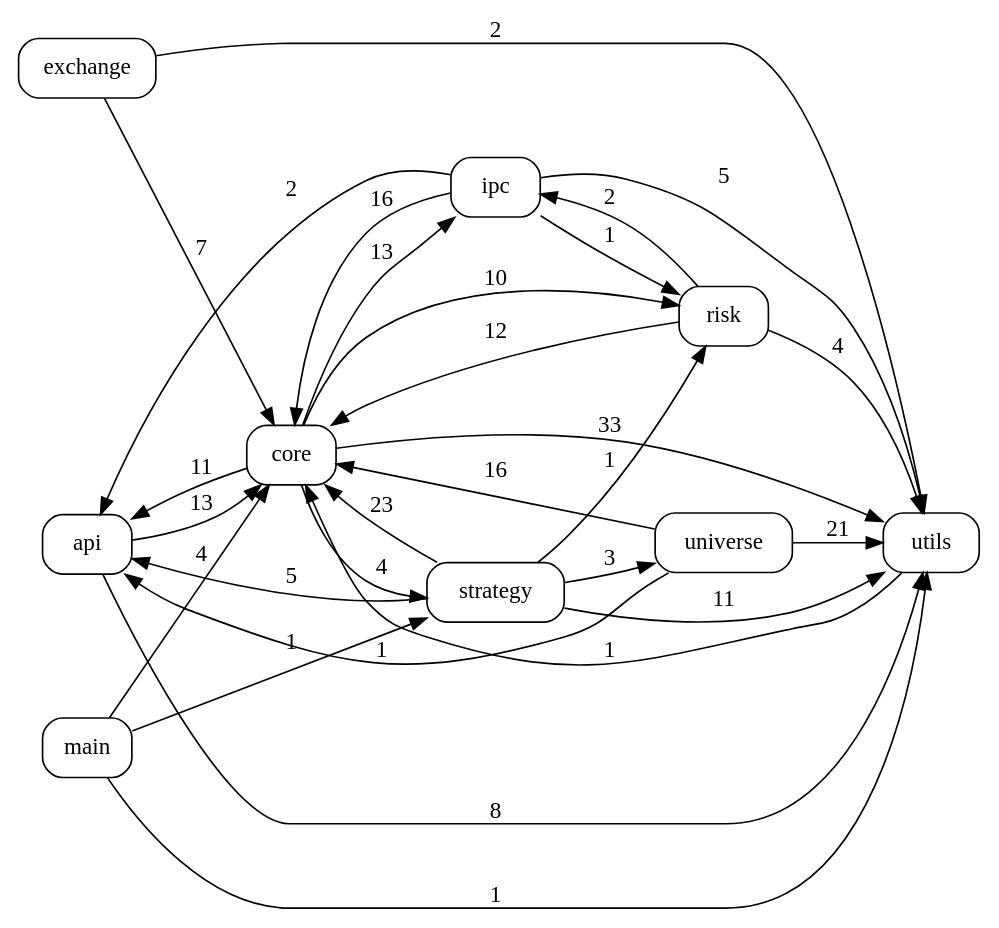
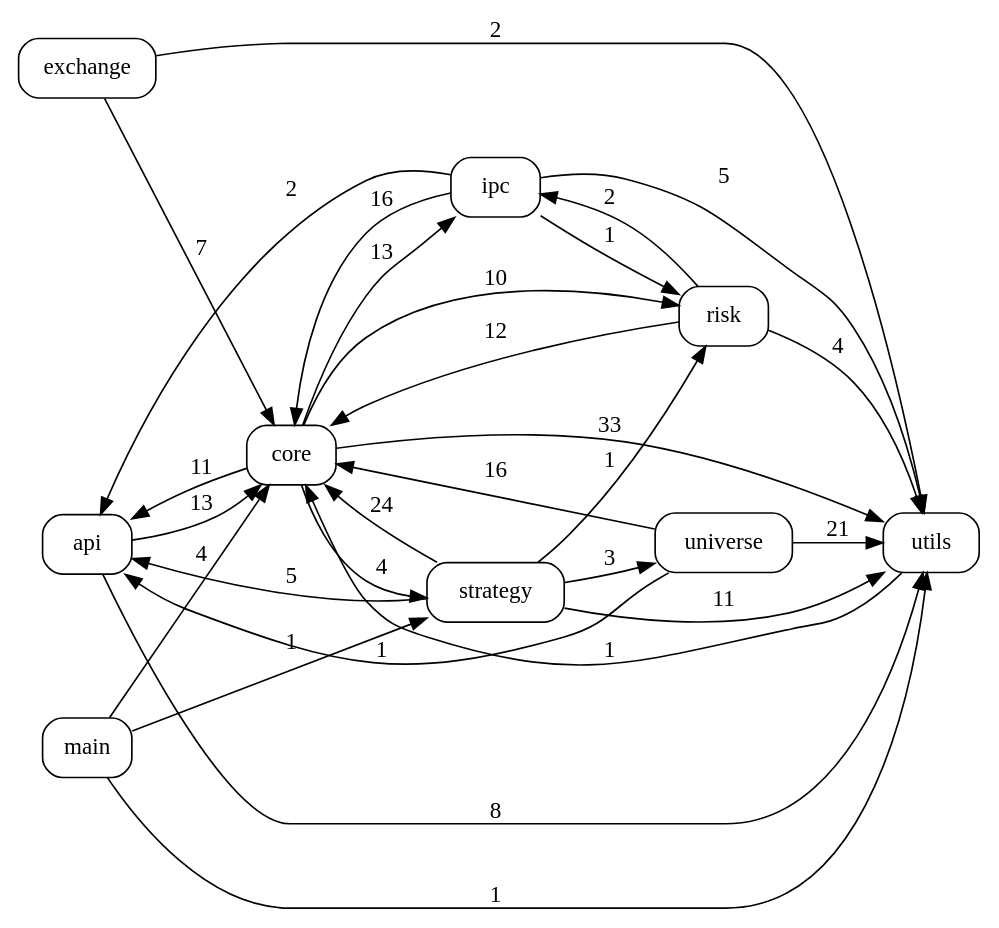
The diagram in docs/code_graph.dot (pypy8171/Quant), drawn with Graphviz before and after one commit. The commit also changed 6 other files, not shown here.

```diff
--- a/docs/code_graph.dot
+++ b/docs/code_graph.dot
@@ -1,41 +1,41 @@
 digraph code_graph {
   rankdir=LR;
   node [shape=box, style=rounded, fontname="Consolas"];
   "api";
   "core";
   "exchange";
   "ipc";
   "main";
   "risk";
   "strategy";
   "universe";
   "utils";
   "api" -> "core" [label="13"];
   "api" -> "utils" [label="8"];
   "core" -> "api" [label="11"];
   "core" -> "ipc" [label="13"];
   "core" -> "risk" [label="10"];
   "core" -> "strategy" [label="4"];
   "core" -> "utils" [label="33"];
   "exchange" -> "core" [label="7"];
   "exchange" -> "utils" [label="2"];
   "ipc" -> "api" [label="2"];
   "ipc" -> "core" [label="16"];
   "ipc" -> "risk" [label="1"];
   "ipc" -> "utils" [label="5"];
   "main" -> "core" [label="4"];
   "main" -> "strategy" [label="1"];
   "main" -> "utils" [label="1"];
   "risk" -> "core" [label="12"];
   "risk" -> "ipc" [label="2"];
   "risk" -> "utils" [label="4"];
   "strategy" -> "api" [label="5"];
-  "strategy" -> "core" [label="23"];
+  "strategy" -> "core" [label="24"];
   "strategy" -> "risk" [label="1"];
   "strategy" -> "universe" [label="3"];
   "strategy" -> "utils" [label="11"];
   "universe" -> "api" [label="1"];
   "universe" -> "core" [label="16"];
   "universe" -> "utils" [label="21"];
   "utils" -> "core" [label="1"];
 }
```
